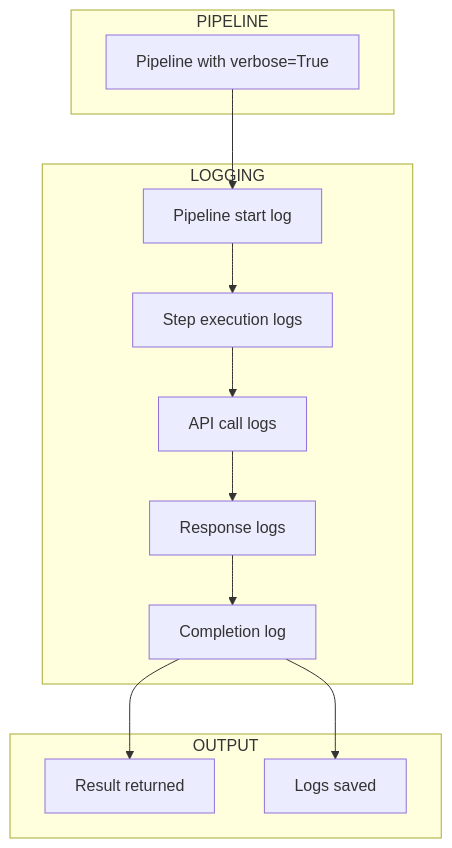
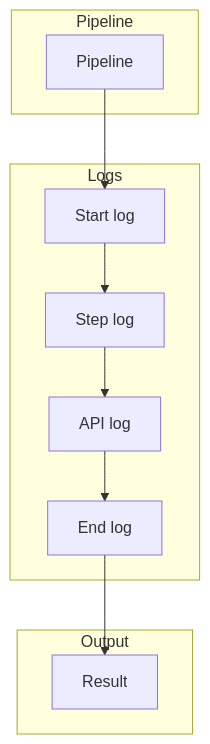
Before and after one commit to wisrovi/wpipe: the third of 5 diagrams in examples/api_pipeline/09_api_logging/README.md, drawn with Mermaid. The commit also changed other lines of this file and 20 other files, not shown here.

First line of the commit message:
Simplify Mermaid diagrams for better rendering

````diff
--- a/examples/api_pipeline/09_api_logging/README.md
+++ b/examples/api_pipeline/09_api_logging/README.md
@@ -39,27 +34,23 @@
 ```mermaid
 graph TB
-    subgraph PIPELINE
-        P1[Pipeline with verbose=True]
+    subgraph Pipeline
+        P[Pipeline]
     end
     
-    subgraph LOGGING
-        L1[Pipeline start log]
-        L2[Step execution logs]
-        L3[API call logs]
-        L4[Response logs]
-        L5[Completion log]
+    subgraph Logs
+        L1[Start log]
+        L2[Step log]
+        L3[API log]
+        L4[End log]
     end
     
-    subgraph OUTPUT
-        O1[Result returned]
-        O2[Logs saved]
+    subgraph Output
+        O[Result]
     end
     
-    P1 --> L1
+    P --> L1
     L1 --> L2
     L2 --> L3
     L3 --> L4
-    L4 --> L5
-    L5 --> O1
-    L5 --> O2
+    L4 --> O
 ```
````
